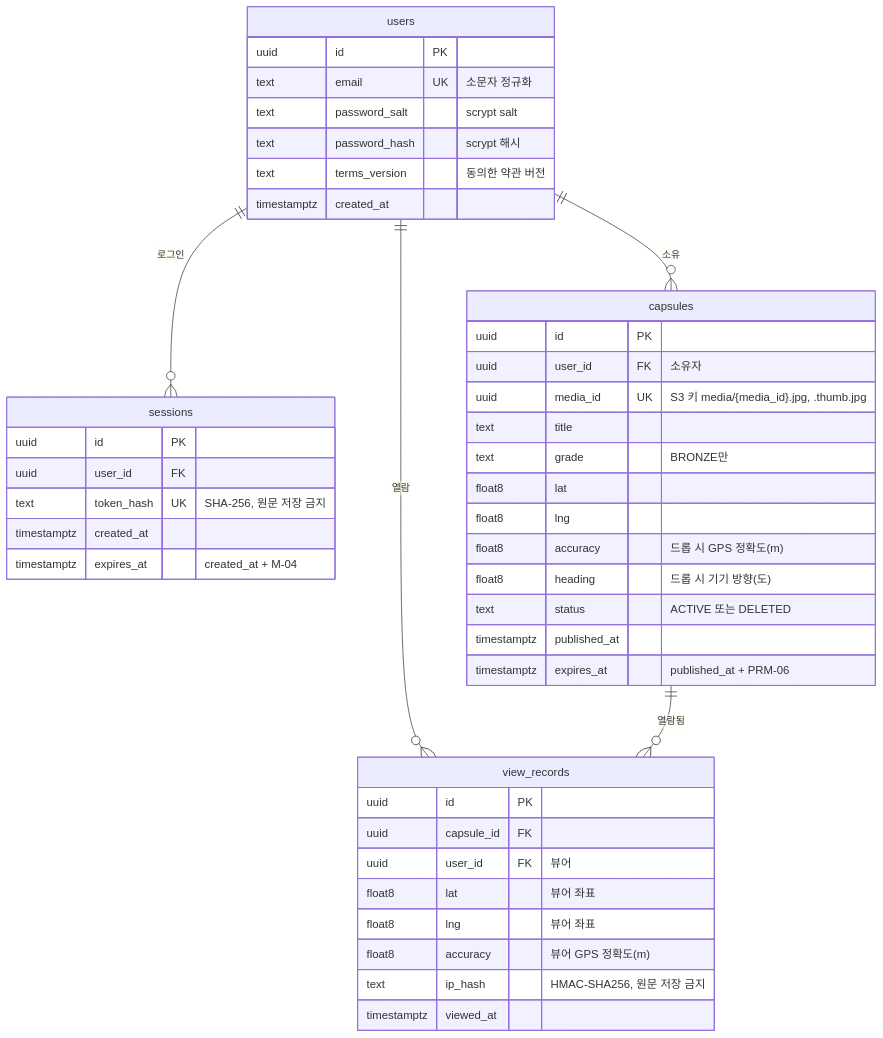
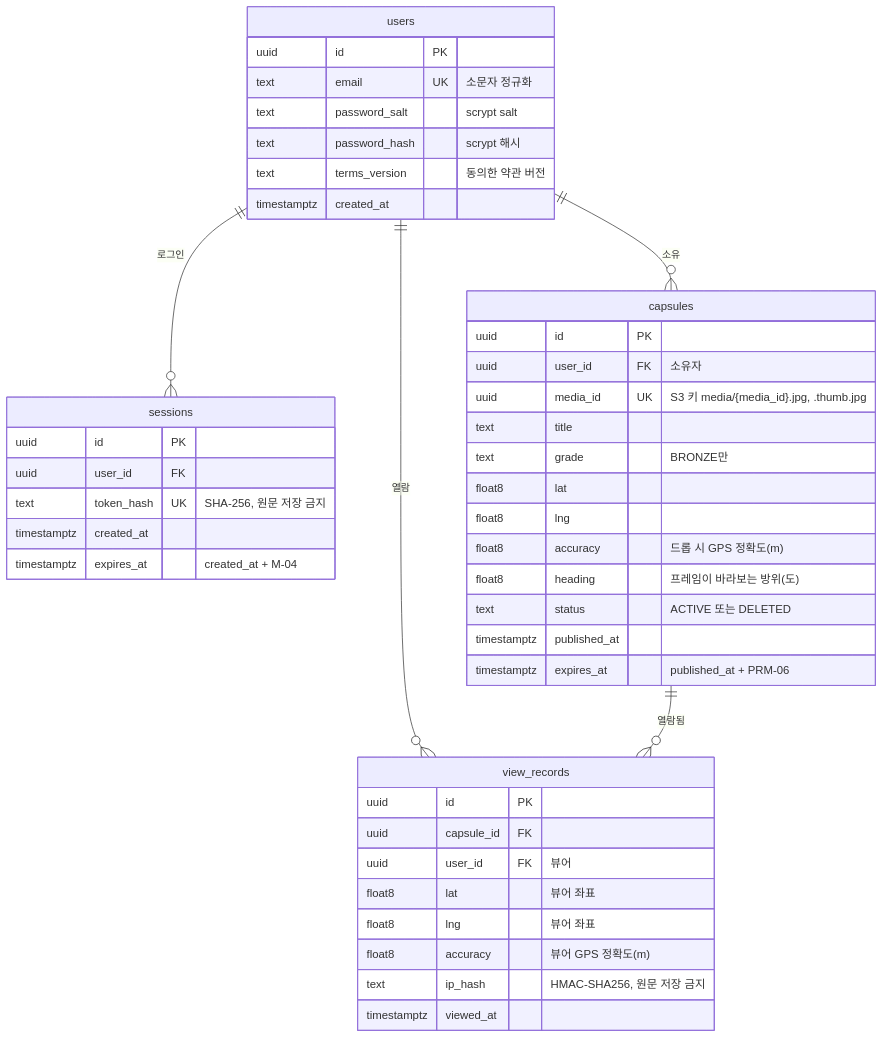
The first of 2 diagrams in docs/7-erd.md (hyunboee/drop_app), drawn with Mermaid before and after one commit. The commit also changed other lines of this file and 7 other files, not shown here.

````diff
--- a/docs/7-erd.md
+++ b/docs/7-erd.md
@@ -22,50 +23,50 @@
 ```mermaid
 erDiagram
   users ||--o{ sessions : "로그인"
   users ||--o{ capsules : "소유"
   users ||--o{ view_records : "열람"
   capsules ||--o{ view_records : "열람됨"
 
   users {
     uuid id PK
     text email UK "소문자 정규화"
     text password_salt "scrypt salt"
     text password_hash "scrypt 해시"
     text terms_version "동의한 약관 버전"
     timestamptz created_at
   }
 
   sessions {
     uuid id PK
     uuid user_id FK
     text token_hash UK "SHA-256, 원문 저장 금지"
     timestamptz created_at
     timestamptz expires_at "created_at + M-04"
   }
 
   capsules {
     uuid id PK
     uuid user_id FK "소유자"
     uuid media_id UK "S3 키 media/{media_id}.jpg, .thumb.jpg"
     text title
     text grade "BRONZE만"
     float8 lat
     float8 lng
     float8 accuracy "드롭 시 GPS 정확도(m)"
-    float8 heading "드롭 시 기기 방향(도)"
+    float8 heading "프레임이 바라보는 방위(도)"
     text status "ACTIVE 또는 DELETED"
     timestamptz published_at
     timestamptz expires_at "published_at + PRM-06"
   }
 
   view_records {
     uuid id PK
     uuid capsule_id FK
     uuid user_id FK "뷰어"
     float8 lat "뷰어 좌표"
     float8 lng "뷰어 좌표"
     float8 accuracy "뷰어 GPS 정확도(m)"
     text ip_hash "HMAC-SHA256, 원문 저장 금지"
     timestamptz viewed_at
   }
 ```
````
